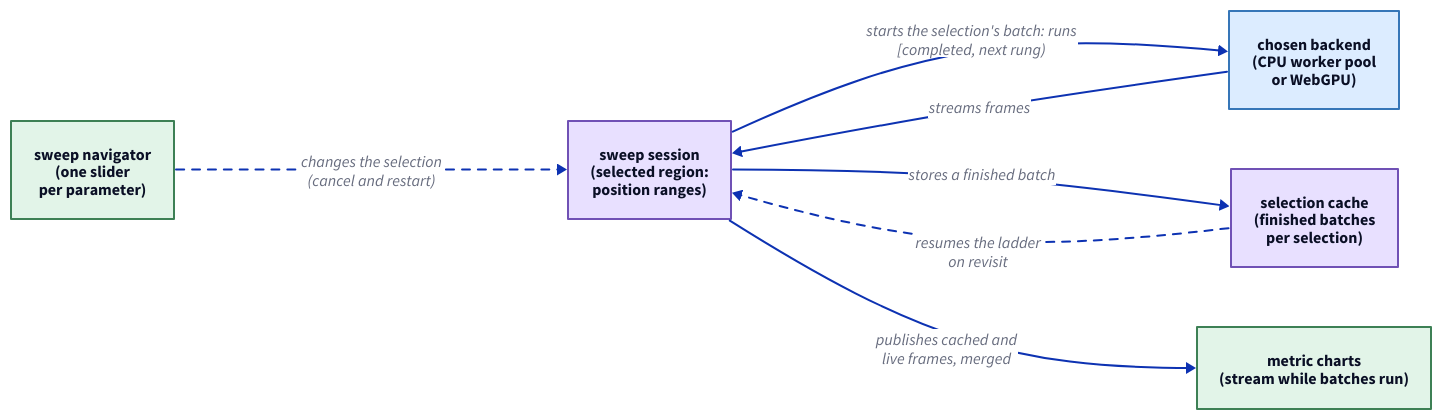
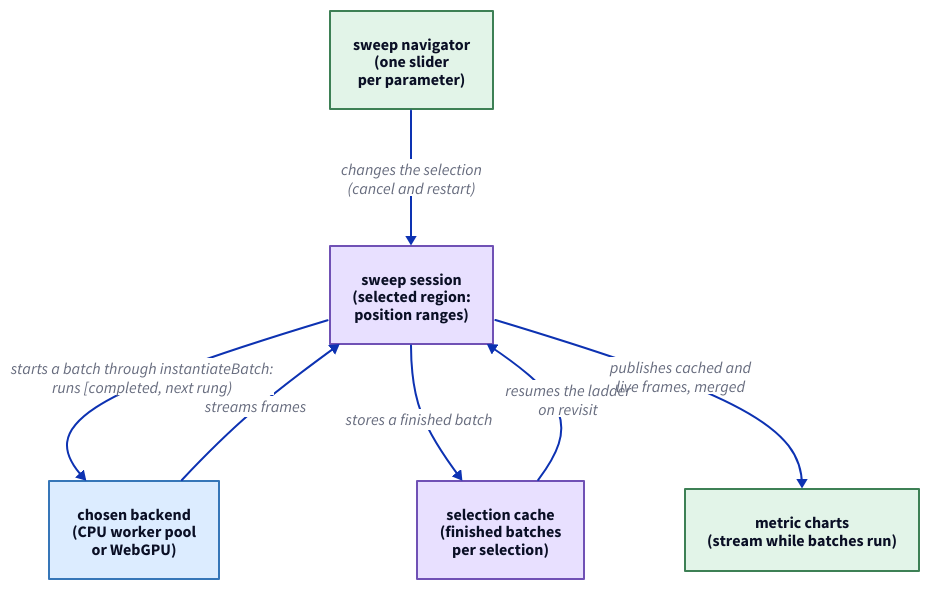
Before and after one commit to hashintel/hash: the diagram in libs/@hashintel/petrinaut/src/react/experiments/sweep-refinement.d2, drawn with D2. The commit also changed 1 other file, not shown here.

```diff
--- a/libs/@hashintel/petrinaut/src/react/experiments/sweep-refinement.d2
+++ b/libs/@hashintel/petrinaut/src/react/experiments/sweep-refinement.d2
@@ -1,15 +1,15 @@
 # Hand-written; rendered by the arch-docs build. Palette matches src/emit/d2.ts.
-direction: right
+direction: down
 
 navigator: "sweep navigator\n(one slider\nper parameter)" {style.fill: "#e2f4e8"; style.stroke: "#3d8055"}
 session: "sweep session\n(selected region:\nposition ranges)" {style.fill: "#e8e0ff"; style.stroke: "#7051b5"}
 cache: "selection cache\n(finished batches\nper selection)" {style.fill: "#e8e0ff"; style.stroke: "#7051b5"}
 backend: "chosen backend\n(CPU worker pool\nor WebGPU)" {style.fill: "#dcecff"; style.stroke: "#3676b8"}
 charts: "metric charts\n(stream while batches run)" {style.fill: "#e2f4e8"; style.stroke: "#3d8055"}
 
-navigator -> session: "changes the selection\n(cancel and restart)" {style.stroke-dash: 4}
-session -> backend: "starts the selection's batch: runs\n[completed, next rung)"
+navigator -> session: "changes the selection\n(cancel and restart)"
+session -> backend: "starts a batch through instantiateBatch:\nruns [completed, next rung)"
 backend -> session: "streams frames"
 session -> cache: "stores a finished batch"
-cache -> session: "resumes the ladder\non revisit" {style.stroke-dash: 4}
+cache -> session: "resumes the ladder\non revisit"
 session -> charts: "publishes cached and\nlive frames, merged"
```
